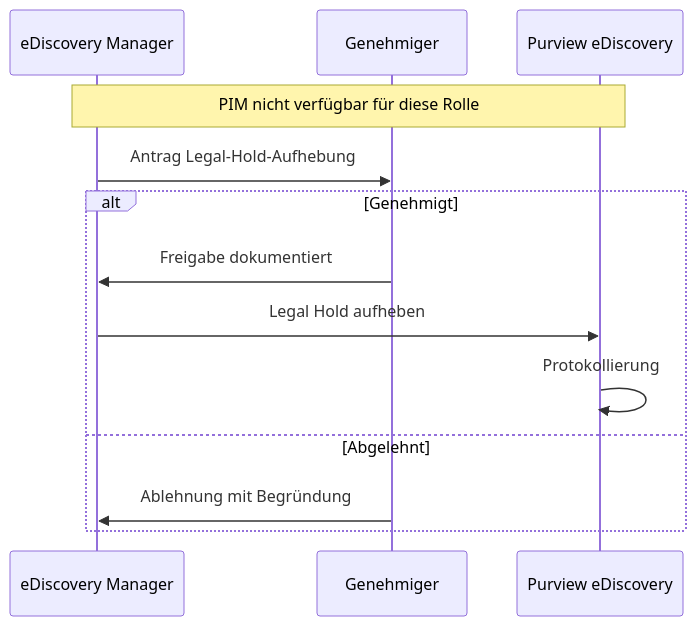
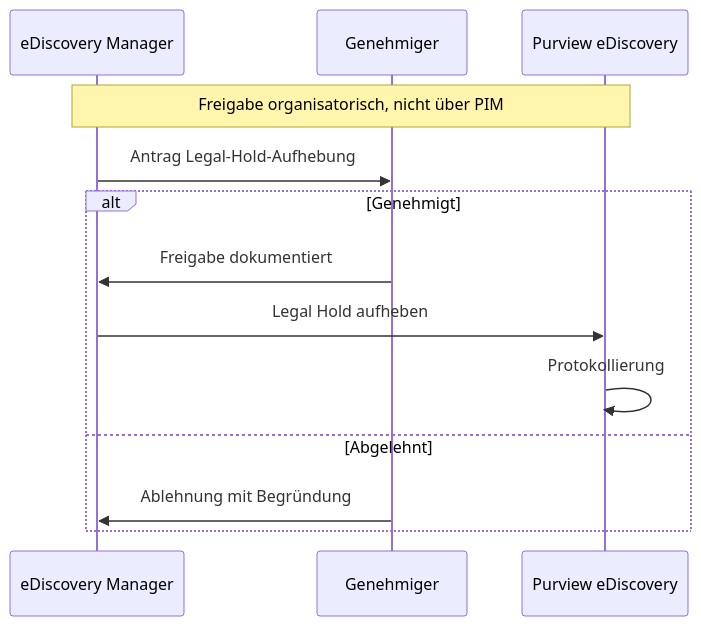
Before and after one commit to WeissiEfficiency/Purview: the sixth of 10 diagrams in Roadmap/Visualisierungen.md, drawn with Mermaid. The commit also changed other lines of this file and 22 other files, not shown here.

````diff
--- a/Roadmap/Visualisierungen.md
+++ b/Roadmap/Visualisierungen.md
@@ -110,16 +136,16 @@
 ```mermaid
 sequenceDiagram
     participant M as eDiscovery Manager
     participant G as Genehmiger
     participant P as Purview eDiscovery
 
-    Note over M,P: PIM nicht verfügbar für diese Rolle
+    Note over M,P: Freigabe organisatorisch, nicht über PIM
     M->>G: Antrag Legal-Hold-Aufhebung
     alt Genehmigt
         G->>M: Freigabe dokumentiert
         M->>P: Legal Hold aufheben
         P->>P: Protokollierung
     else Abgelehnt
         G->>M: Ablehnung mit Begründung
     end
 ```
````
